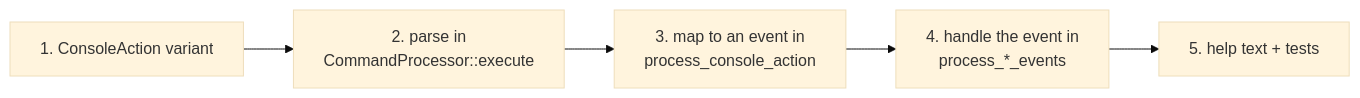
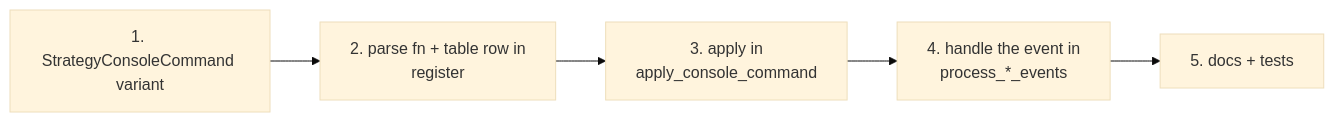
One commit to WrackedFella/moho changed the diagram in wiki/guides/adding-console-commands.md. Above: the diagram before and after it, drawn with Mermaid (base theme). The commit also changed other lines of this file and 3 other files, not shown here.

First line of the commit message:
docs(wiki): the strategy console runs on the engine console

````diff
--- a/wiki/guides/adding-console-commands.md
+++ b/wiki/guides/adding-console-commands.md
@@ -16,7 +17,7 @@
 ```mermaid
 flowchart LR
-    A["1. ConsoleAction variant"] --> B["2. parse in<br/>CommandProcessor::execute"]
-    B --> C["3. map to an event in<br/>process_console_action"]
+    A["1. StrategyConsoleCommand variant"] --> B["2. parse fn + table row in<br/>register"]
+    B --> C["3. apply in<br/>apply_console_command"]
     C --> D["4. handle the event in<br/>process_*_events"]
-    D --> E["5. help text + tests"]
+    D --> E["5. docs + tests"]
 ```
````
